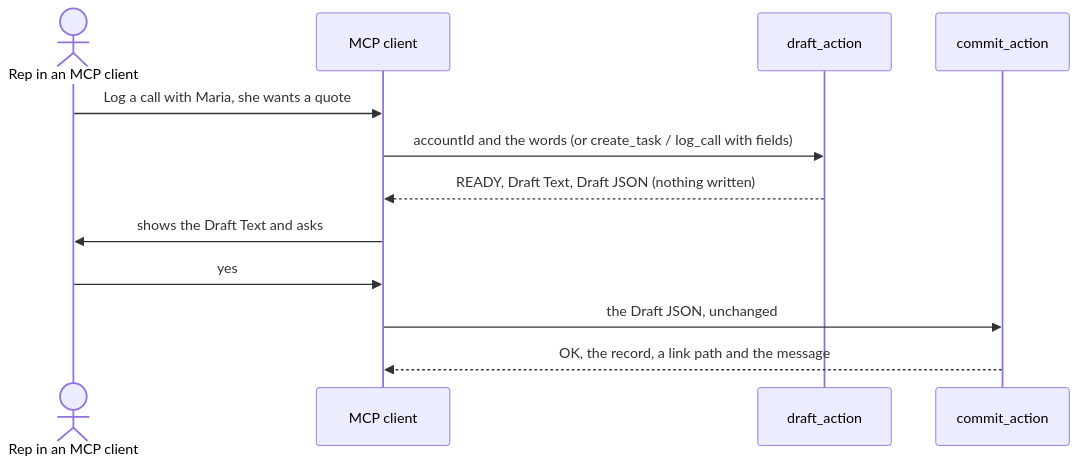
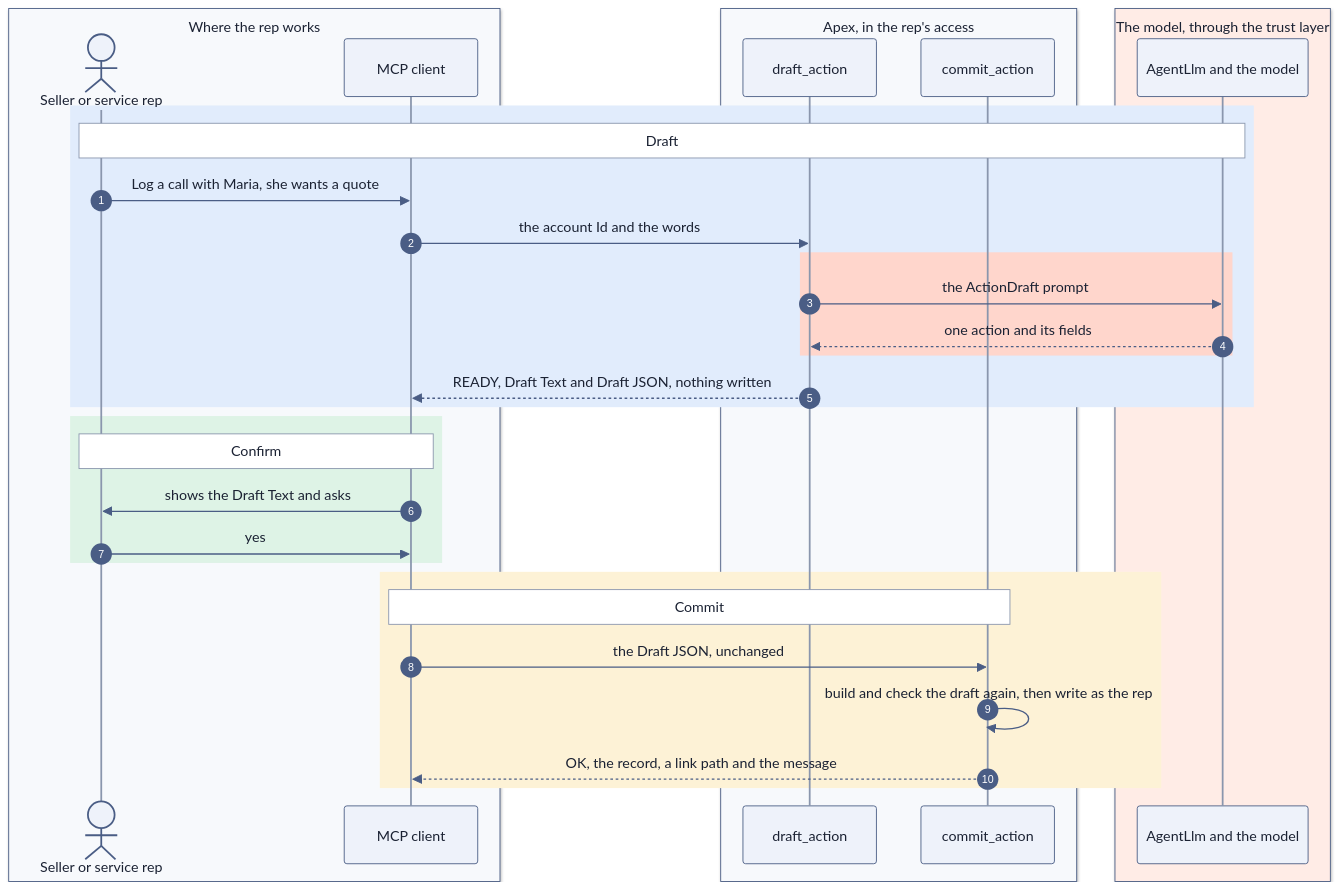
One commit to nelsben/generic-agent changed the second of 2 diagrams in docs/patterns/09-outside-door-mcp.md. Above: the diagram before and after it, drawn with Mermaid. The commit also changed other lines of this file and 16 other files, not shown here.

````diff
--- a/docs/patterns/09-outside-door-mcp.md
+++ b/docs/patterns/09-outside-door-mcp.md
@@ -81,14 +121,37 @@
 ```mermaid
+%%{init: {"theme": "base", "themeVariables": {"fontFamily": "-apple-system, BlinkMacSystemFont, Segoe UI, Helvetica, Arial, sans-serif", "fontSize": "15px", "primaryColor": "#EEF2FA", "primaryBorderColor": "#4A5D85", "primaryTextColor": "#1B2233", "secondaryColor": "#F4F6F9", "tertiaryColor": "#FFFFFF", "lineColor": "#4A5D85", "textColor": "#1B2233", "actorBkg": "#EEF2FA", "actorBorder": "#4A5D85", "actorTextColor": "#1B2233", "actorLineColor": "#8A96AD", "signalColor": "#4A5D85", "signalTextColor": "#1B2233", "labelBoxBkgColor": "#FFFFFF", "labelBoxBorderColor": "#4A5D85", "labelTextColor": "#1B2233", "loopTextColor": "#1B2233", "noteBkgColor": "#FFFFFF", "noteBorderColor": "#8A96AD", "noteTextColor": "#1B2233", "sequenceNumberColor": "#FFFFFF", "activationBkgColor": "#DDE4F2", "activationBorderColor": "#4A5D85", "clusterBkg": "#F7F9FC", "clusterBorder": "#8A96AD", "edgeLabelBackground": "#FFFFFF"}}}%%
 sequenceDiagram
-    actor U as Rep in an MCP client
-    participant CL as MCP client
-    participant DA as draft_action
-    participant CA as commit_action
-    U->>CL: Log a call with Maria, she wants a quote
-    CL->>DA: accountId and the words (or create_task / log_call with fields)
-    DA-->>CL: READY, Draft Text, Draft JSON (nothing written)
-    CL->>U: shows the Draft Text and asks
-    U->>CL: yes
-    CL->>CA: the Draft JSON, unchanged
-    CA-->>CL: OK, the record, a link path and the message
+    autonumber
+    box rgb(247, 249, 252) Where the rep works
+        actor U as Seller or service rep
+        participant CL as MCP client
+    end
+    box rgb(247, 249, 252) Apex, in the rep's access
+        participant DA as draft_action
+        participant CA as commit_action
+    end
+    box rgb(255, 236, 230) The model, through the trust layer
+        participant L as AgentLlm and the model
+    end
+    rect rgb(225, 236, 252)
+        Note over U,L: Draft
+        U->>CL: Log a call with Maria, she wants a quote
+        CL->>DA: the account Id and the words
+        rect rgb(255, 214, 204)
+            DA->>L: the ActionDraft prompt
+            L-->>DA: one action and its fields
+        end
+        DA-->>CL: READY, Draft Text and Draft JSON, nothing written
+    end
+    rect rgb(222, 243, 230)
+        Note over U,CL: Confirm
+        CL->>U: shows the Draft Text and asks
+        U->>CL: yes
+    end
+    rect rgb(253, 242, 214)
+        Note over CL,CA: Commit
+        CL->>CA: the Draft JSON, unchanged
+        CA->>CA: build and check the draft again, then write as the rep
+        CA-->>CL: OK, the record, a link path and the message
+    end
 ```
````
